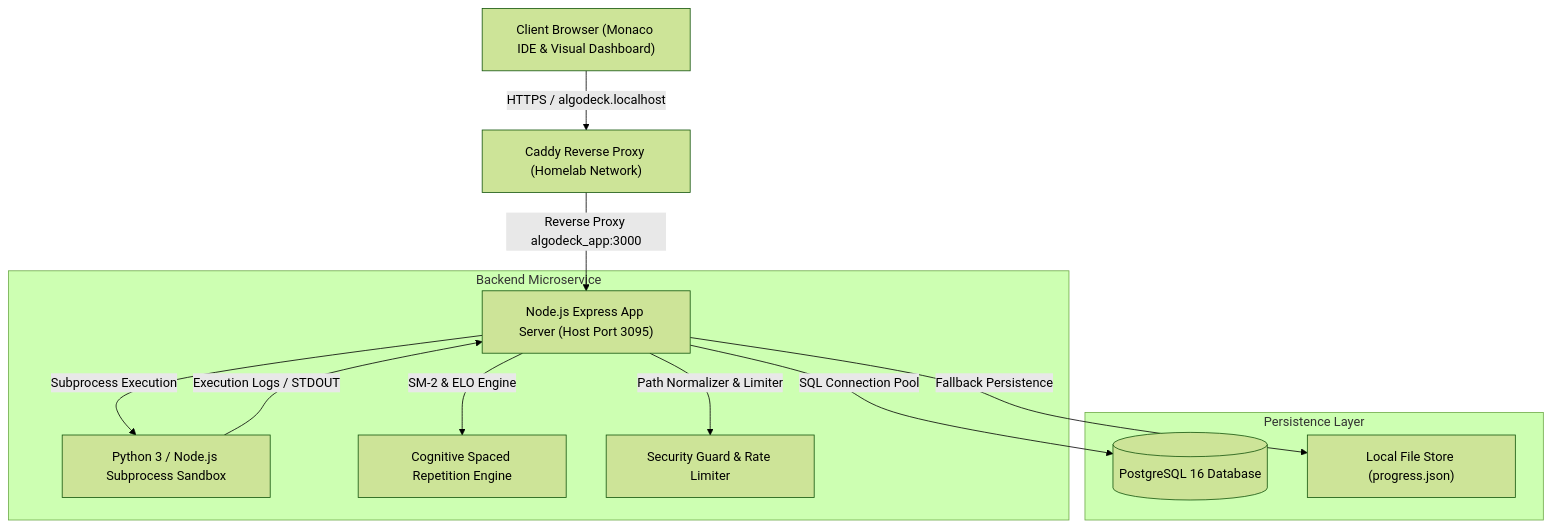
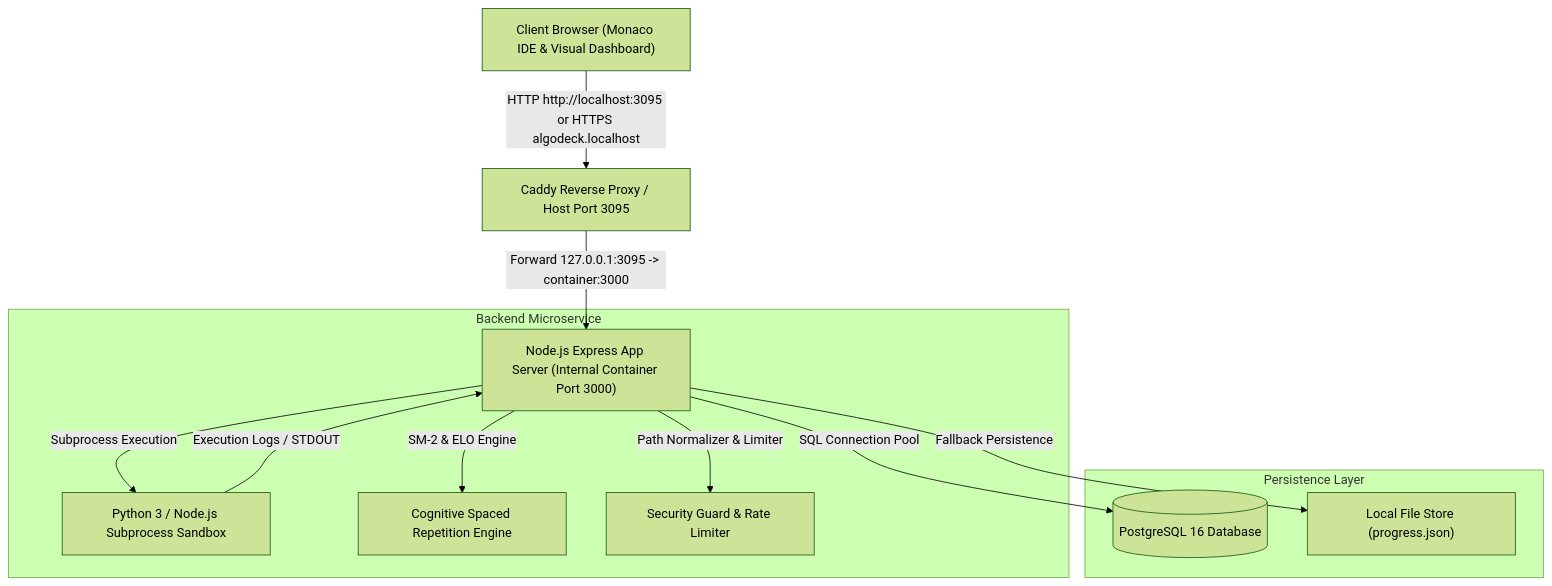
The diagram in docs/architecture.md (anmolsharma152/AlgoDeck), drawn with Mermaid (forest theme) before and after one commit. The commit also changed 3 other files, not shown here.

Commit message:
docs(server): fix docs static route, update port 3095 diagrams and test runner

````diff
--- a/docs/architecture.md
+++ b/docs/architecture.md
@@ -9,18 +9,18 @@
 ```mermaid
 graph TD
-    User["Client Browser (Monaco IDE & Visual Dashboard)"] -->|HTTPS / algodeck.localhost| Caddy["Caddy Reverse Proxy (Homelab Network)"]
-    Caddy -->|Reverse Proxy algodeck_app:3000| Server["Node.js Express App Server (Host Port 3095)"]
+    User["Client Browser (Monaco IDE & Visual Dashboard)"] -->|HTTP http://localhost:3095 or HTTPS algodeck.localhost| Caddy["Caddy Reverse Proxy / Host Port 3095"]
+    Caddy -->|Forward 127.0.0.1:3095 -> container:3000| Server["Node.js Express App Server (Internal Container Port 3000)"]
     
     subgraph Backend Microservice
         Server -->|Subprocess Execution| Sandbox["Python 3 / Node.js Subprocess Sandbox"]
         Server -->|SM-2 & ELO Engine| Cognitive["Cognitive Spaced Repetition Engine"]
         Server -->|Path Normalizer & Limiter| Security["Security Guard & Rate Limiter"]
     end
     
     subgraph Persistence Layer
         Server -->|SQL Connection Pool| DB[("PostgreSQL 16 Database")]
         Server -->|Fallback Persistence| FileStore["Local File Store (progress.json)"]
     end
 
     Sandbox -->|Execution Logs / STDOUT| Server
 ```
````
